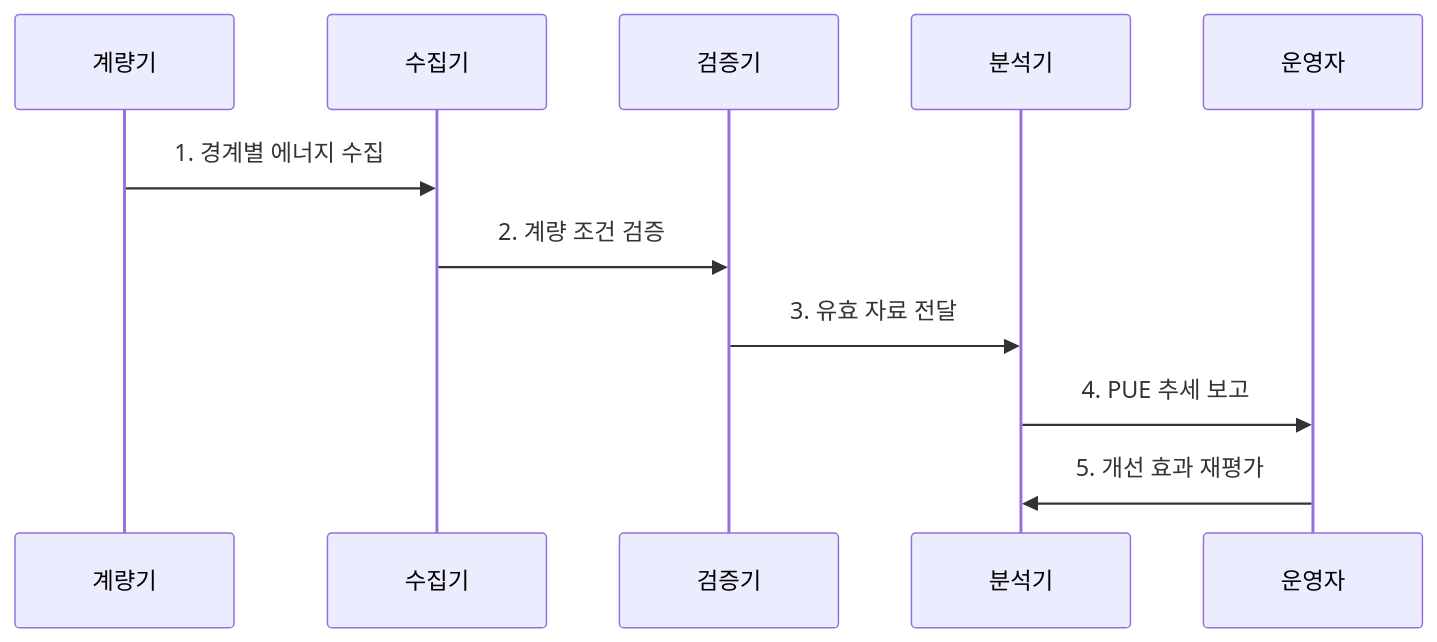
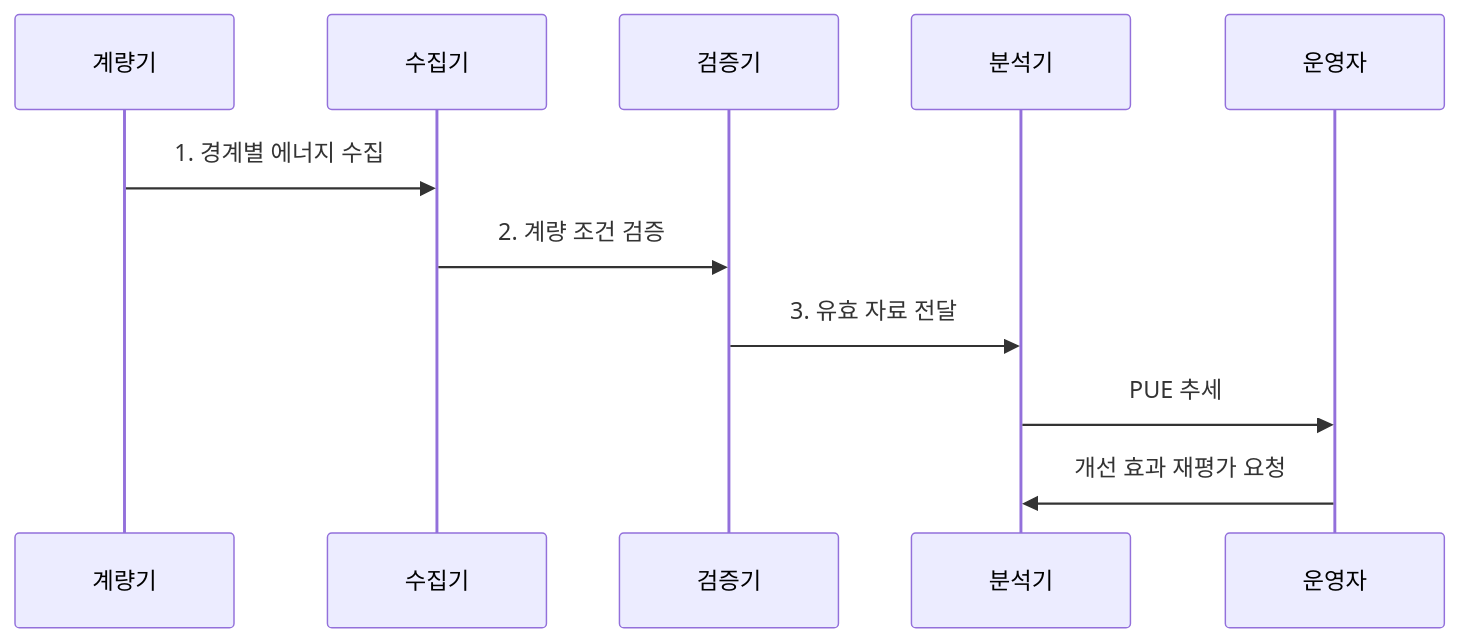
Before and after one commit to agnusdei1207/knowledge-base: the second of 2 diagrams in src/content/docs/notes/02-hardware/058_power_usage_effectiveness.md, drawn with Mermaid. The commit also changed other lines of this file and 20 other files, not shown here.

````diff
--- a/src/content/docs/notes/02-hardware/058_power_usage_effectiveness.md
+++ b/src/content/docs/notes/02-hardware/058_power_usage_effectiveness.md
@@ -75,14 +75,14 @@
 ```mermaid
 sequenceDiagram
     participant M as 계량기
     participant C as 수집기
     participant V as 검증기
     participant A as 분석기
     participant O as 운영자
 
     M->>C: 1. 경계별 에너지 수집
     C->>V: 2. 계량 조건 검증
     V->>A: 3. 유효 자료 전달
-    A->>O: 4. PUE 추세 보고
-    O->>A: 5. 개선 효과 재평가
+    A->>O: PUE 추세
+    O->>A: 개선 효과 재평가 요청
 ```
````
